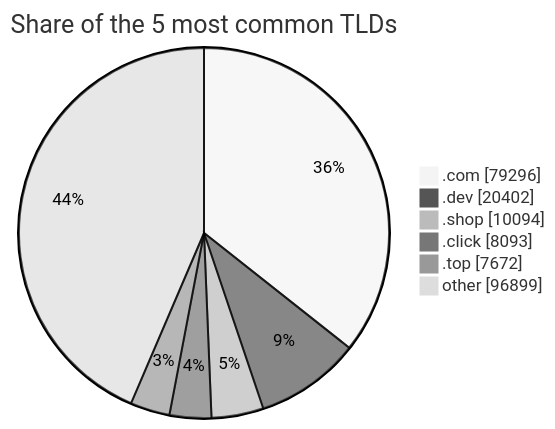
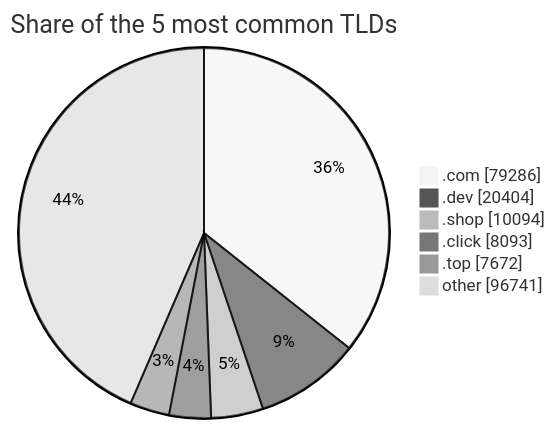
Before and after one commit to DNSBunker/CTI: the third of 3 diagrams in README.md, drawn with Mermaid (neutral theme). The commit also changed other lines of this file and 3 other files, not shown here.

````diff
--- a/README.md
+++ b/README.md
@@ -81,9 +81,9 @@
 ```mermaid
 pie showData title Share of the 5 most common TLDs
-    ".com" : 79296
-    ".dev" : 20402
+    ".com" : 79286
+    ".dev" : 20404
     ".shop" : 10094
     ".click" : 8093
     ".top" : 7672
-    "other" : 96899
+    "other" : 96741
 ```
````
